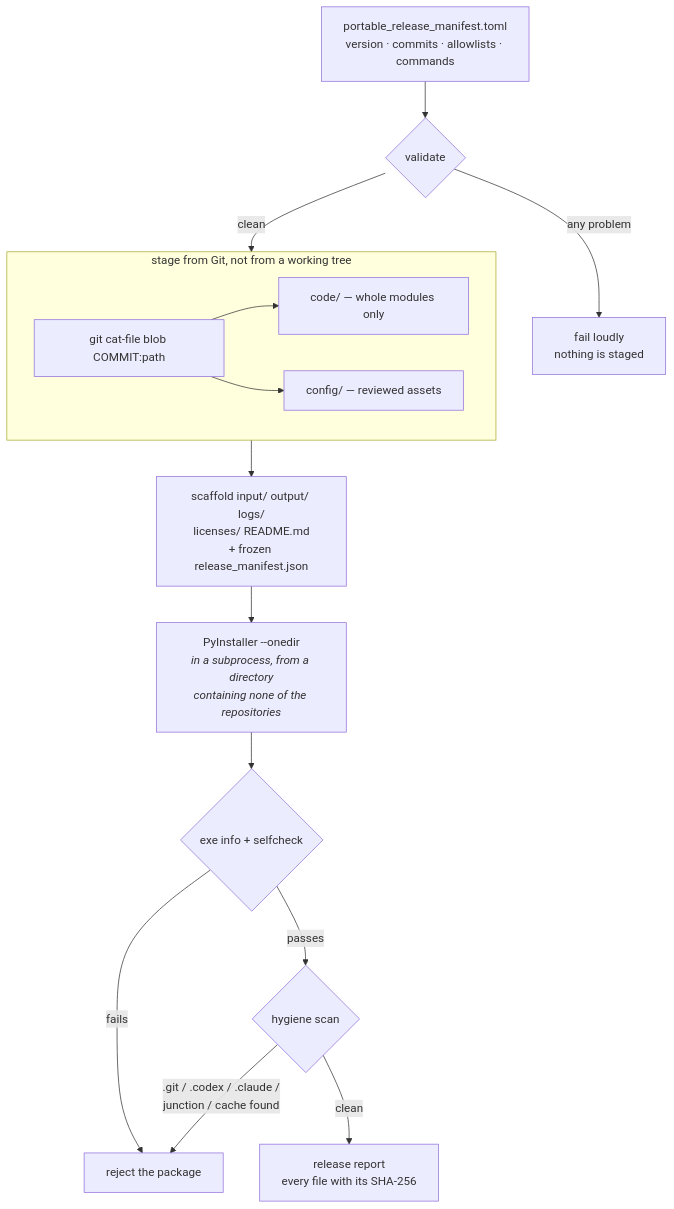
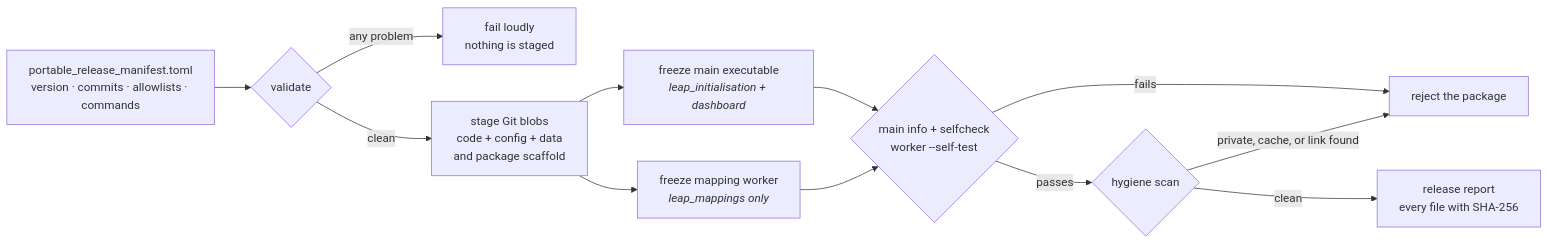
One commit to asia-pacific-energy-research-centre/leap_initialisation changed the sixth of 7 diagrams in docs/leap_review_tools_walkthrough.md. Above: the diagram before and after it, drawn with Mermaid. The commit also changed other lines of this file and 3 other files, not shown here.

````diff
--- a/docs/leap_review_tools_walkthrough.md
+++ b/docs/leap_review_tools_walkthrough.md
@@ -379,21 +405,15 @@
 ```mermaid
-flowchart TD
+flowchart LR
     MAN["portable_release_manifest.toml<br/>version · commits · allowlists · commands"]
     MAN --> VAL{"validate"}
     VAL -->|"any problem"| STOP["fail loudly<br/>nothing is staged"]
-    VAL -->|"clean"| STAGE
-
-    subgraph STAGE["stage from Git, not from a working tree"]
-        GIT["git cat-file blob COMMIT:path"]
-        GIT --> CODE["code/ — whole modules only"]
-        GIT --> CONF["config/ — reviewed assets"]
-    end
-
-    STAGE --> SCAF["scaffold input/ output/ logs/<br/>licenses/ README.md<br/>+ frozen release_manifest.json"]
-    SCAF --> FREEZE["PyInstaller --onedir<br/><i>in a subprocess, from a directory<br/>containing none of the repositories</i>"]
-    FREEZE --> VERIFY{"exe info + selfcheck"}
+    VAL -->|"clean"| STAGE["stage Git blobs<br/>code + config + data<br/>and package scaffold"]
+    STAGE --> MAIN["freeze main executable<br/><i>leap_initialisation + dashboard</i>"]
+    STAGE --> WORKER["freeze mapping worker<br/><i>leap_mappings only</i>"]
+    MAIN --> VERIFY{"main info + selfcheck<br/>worker --self-test"}
+    WORKER --> VERIFY
     VERIFY -->|"fails"| REJECT["reject the package"]
     VERIFY -->|"passes"| SCAN{"hygiene scan"}
-    SCAN -->|".git / .codex / .claude /<br/>junction / cache found"| REJECT
-    SCAN -->|"clean"| REPORT["release report<br/>every file with its SHA-256"]
+    SCAN -->|"private, cache, or link found"| REJECT
+    SCAN -->|"clean"| REPORT["release report<br/>every file with SHA-256"]
 ```
````
